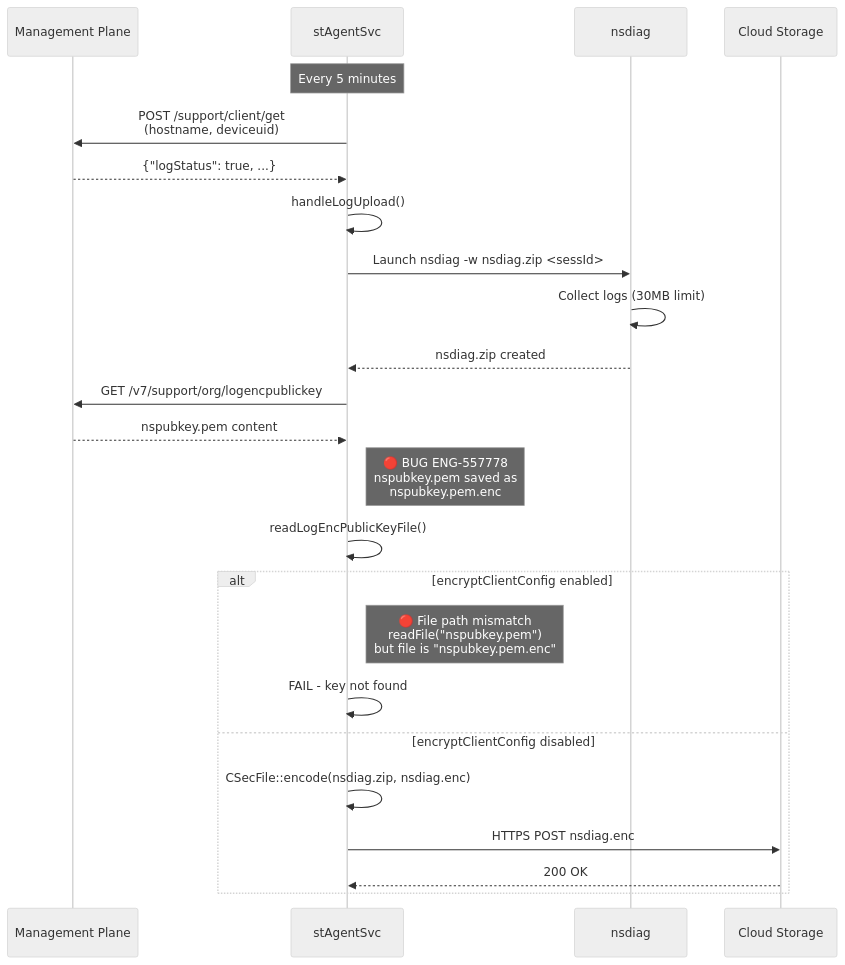
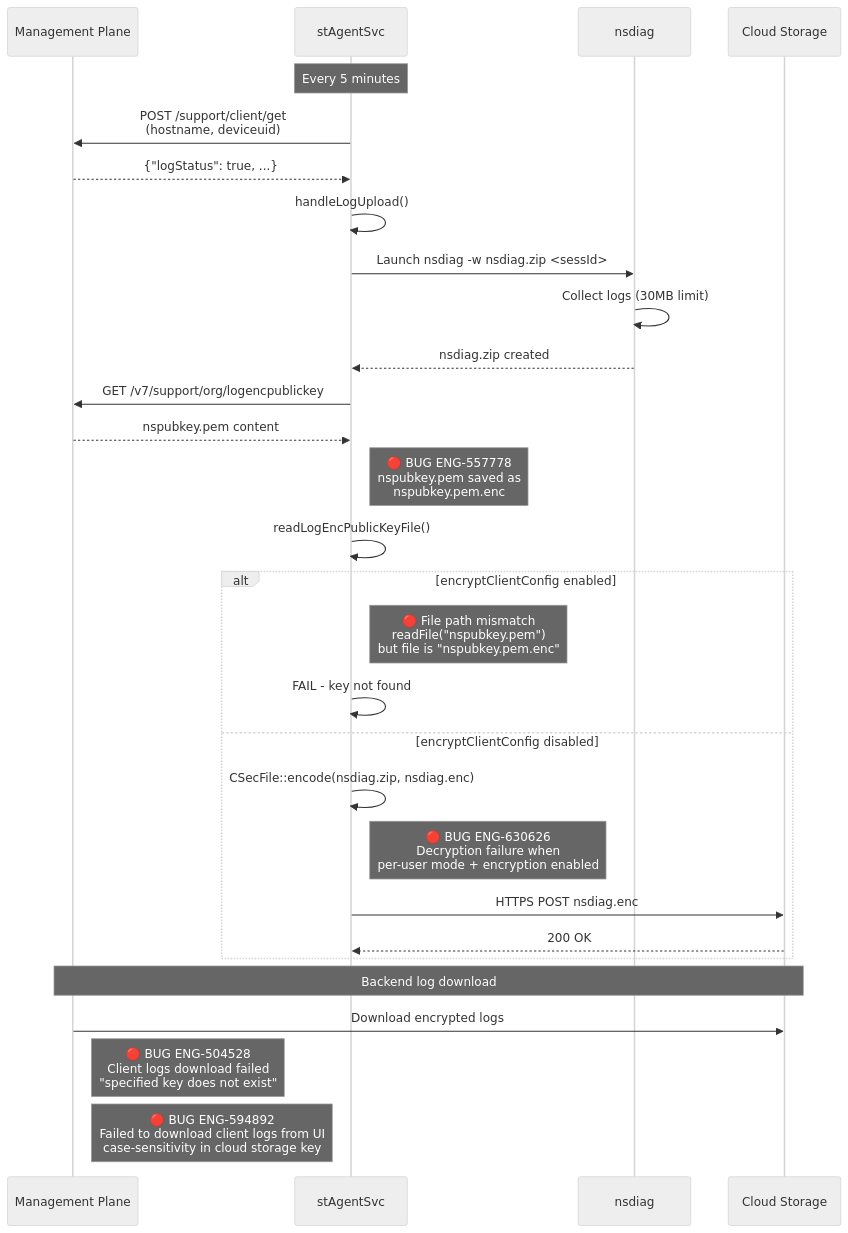
One commit to ns-klin/endpoint_system_test_plan changed the fourth of 10 diagrams in chapters/20_supportability.md. Above: the diagram before and after it, drawn with Mermaid (neutral theme). The commit also changed other lines of this file and 26 other files, not shown here.

First line of the commit message:
Add 87 bugs from Excel enrichment and integrate into mermaid diagrams

````diff
--- a/chapters/20_supportability.md
+++ b/chapters/20_supportability.md
@@ -242,33 +248,44 @@
 ```mermaid
 sequenceDiagram
     participant MP as Management Plane
     participant SVC as stAgentSvc
     participant DIAG as nsdiag
     participant CLOUD as Cloud Storage
 
     Note over SVC: Every 5 minutes
     SVC->>MP: POST /support/client/get<br/>(hostname, deviceuid)
     MP-->>SVC: {"logStatus": true, ...}
 
     SVC->>SVC: handleLogUpload()
 
     SVC->>DIAG: Launch nsdiag -w nsdiag.zip <sessId>
     DIAG->>DIAG: Collect logs (30MB limit)
     DIAG-->>SVC: nsdiag.zip created
 
     SVC->>MP: GET /v7/support/org/logencpublickey
     MP-->>SVC: nspubkey.pem content
 
     Note right of SVC: 🔴 BUG ENG-557778<br/>nspubkey.pem saved as<br/>nspubkey.pem.enc
 
     SVC->>SVC: readLogEncPublicKeyFile()
 
     alt encryptClientConfig enabled
         Note right of SVC: 🔴 File path mismatch<br/>readFile("nspubkey.pem")<br/>but file is "nspubkey.pem.enc"
         SVC->>SVC: FAIL - key not found
     else encryptClientConfig disabled
         SVC->>SVC: CSecFile::encode(nsdiag.zip, nsdiag.enc)
+
+        Note right of SVC: 🔴 BUG ENG-630626<br/>Decryption failure when<br/>per-user mode + encryption enabled
+
         SVC->>CLOUD: HTTPS POST nsdiag.enc
         CLOUD-->>SVC: 200 OK
     end
+
+    Note over MP,CLOUD: Backend log download
+
+    MP->>CLOUD: Download encrypted logs
+
+    Note right of MP: 🔴 BUG ENG-504528<br/>Client logs download failed<br/>"specified key does not exist"
+
+    Note right of MP: 🔴 BUG ENG-594892<br/>Failed to download client logs from UI<br/>case-sensitivity in cloud storage key
 ```
````
